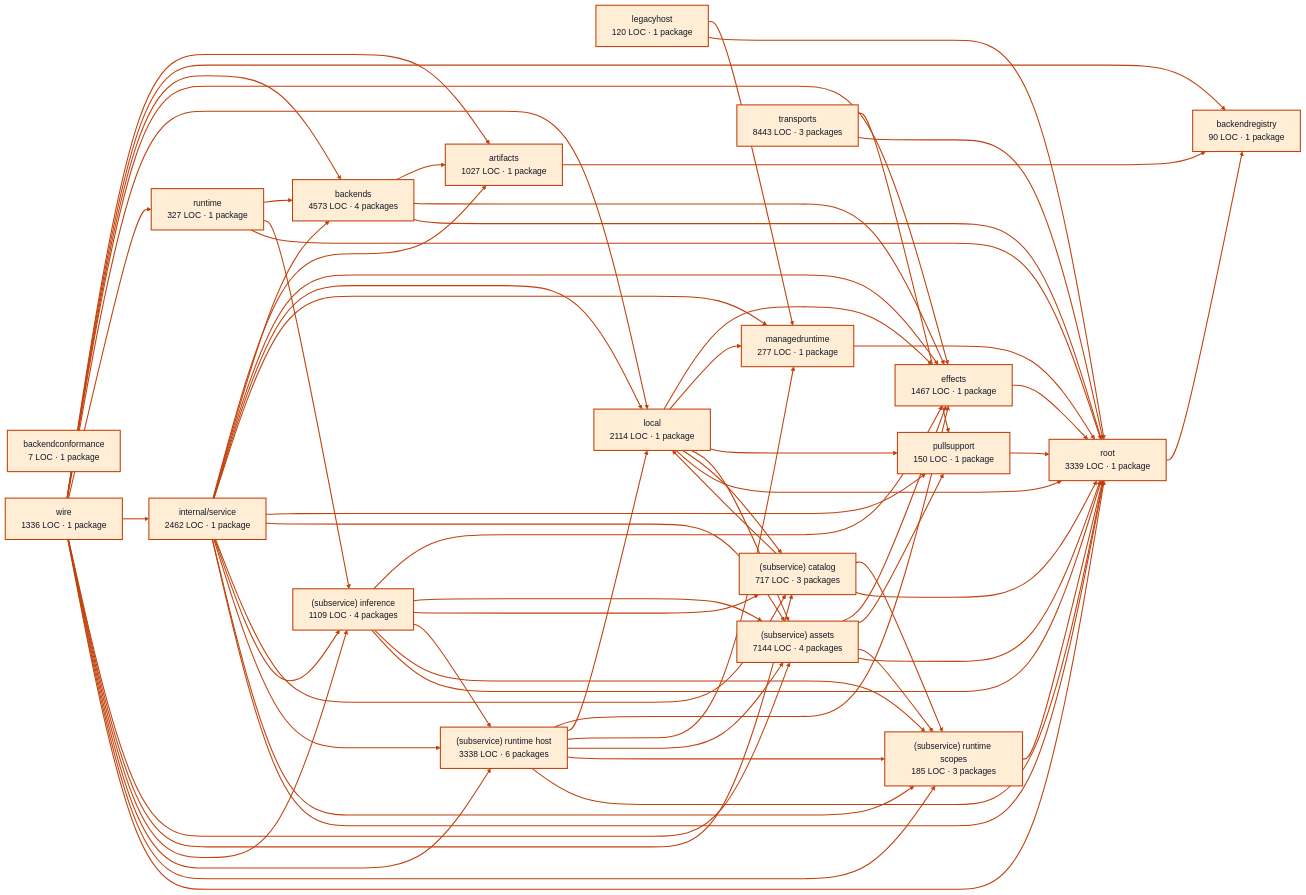
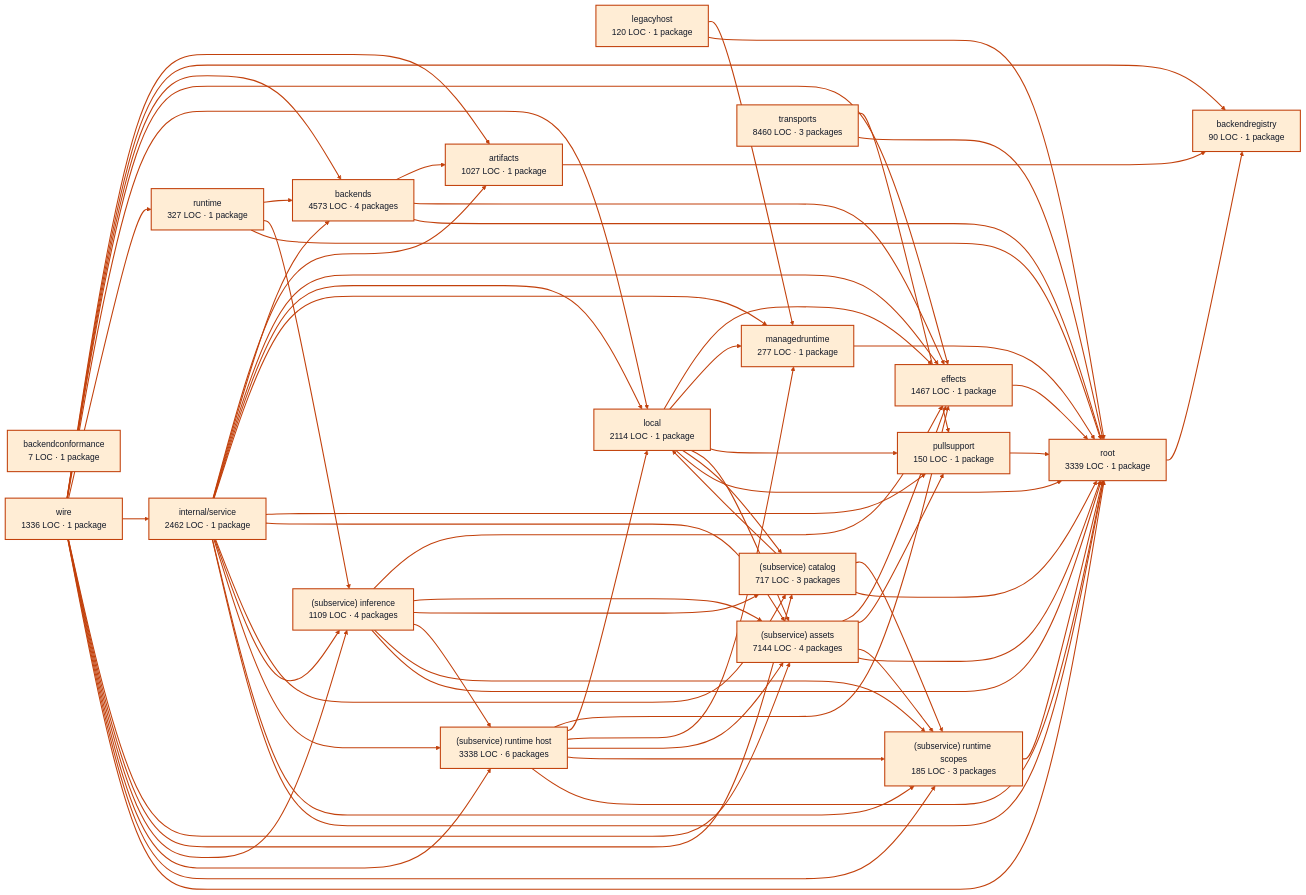
The diagram in docs/architecture/visualizations/services/models.md (portpowered/you-agent-factory), drawn with Mermaid before and after one commit. The commit also changed other lines of this file and 20 other files, not shown here.

Commit message:
docs: refresh backend architecture visualizations

```diff
--- a/docs/architecture/visualizations/services/models.md
+++ b/docs/architecture/visualizations/services/models.md
@@ -27,7 +27,7 @@
   p14["(subservice) runtime host<br/>3338 LOC · 6 packages"]
   p15["(subservice) runtime scopes<br/>185 LOC · 3 packages"]
   p16["root<br/>3339 LOC · 1 package"]
-  p17["transports<br/>8443 LOC · 3 packages"]
+  p17["transports<br/>8460 LOC · 3 packages"]
   p18["wire<br/>1336 LOC · 1 package"]
   p0 --> p2
   p3 --> p0
```
